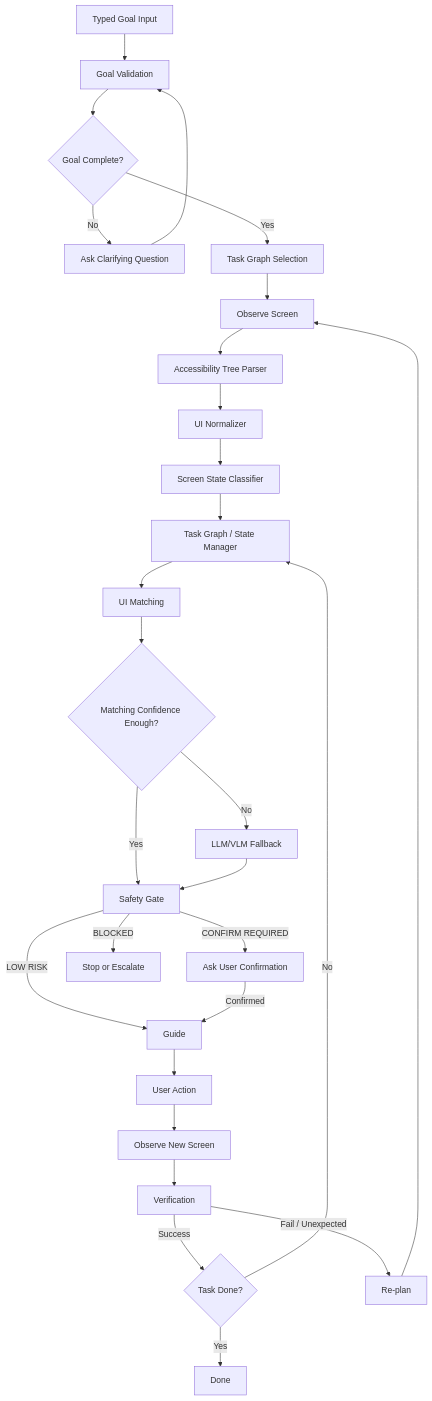
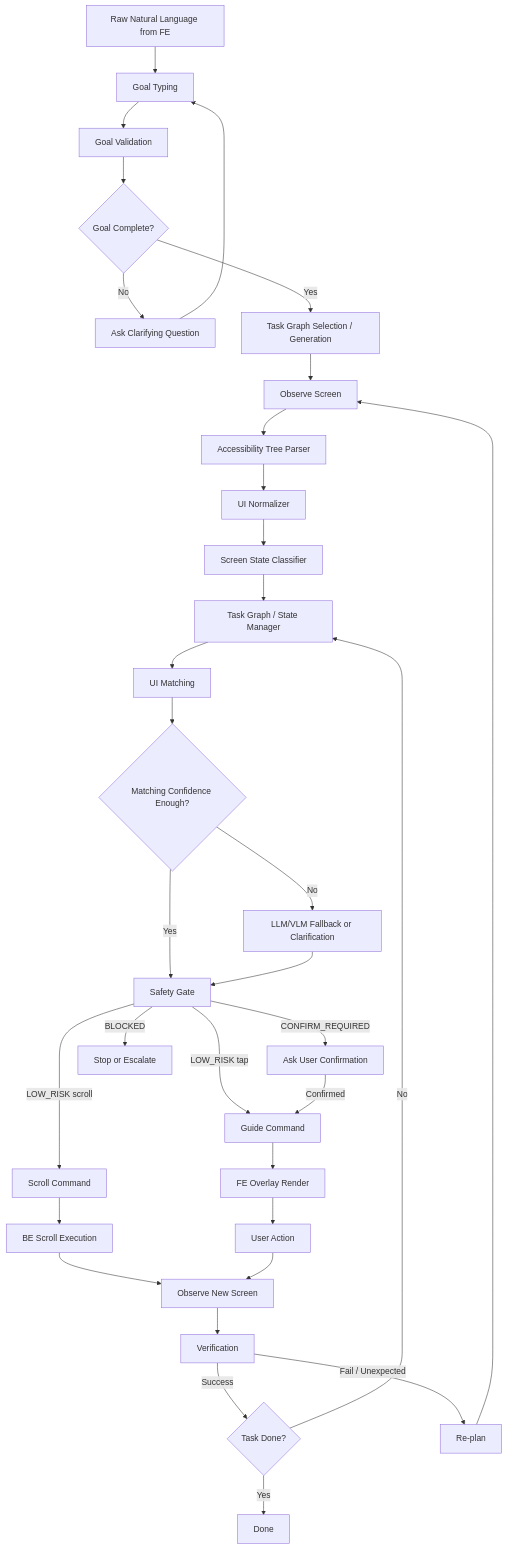
The diagram in docs/ai-agent-architecture.md (Bae-iri/Click), drawn with Mermaid before and after one commit. The commit also changed other lines of this file and 5 other files, not shown here.

````diff
--- a/docs/ai-agent-architecture.md
+++ b/docs/ai-agent-architecture.md
@@ -97,30 +168,35 @@
 ```mermaid
 flowchart TD
-    A[Typed Goal Input] --> B[Goal Validation]
-    B --> C{Goal Complete?}
-    C -->|No| D[Ask Clarifying Question]
-    C -->|Yes| E[Task Graph Selection]
-    D --> B
-    E --> F[Observe Screen]
-    F --> G[Accessibility Tree Parser]
-    G --> H[UI Normalizer]
-    H --> I[Screen State Classifier]
-    I --> J[Task Graph / State Manager]
-    J --> K[UI Matching]
-    K --> L{Matching Confidence Enough?}
-    L -->|Yes| M[Safety Gate]
-    L -->|No| N[LLM/VLM Fallback]
-    N --> M
-    M -->|LOW RISK| O[Guide]
-    M -->|CONFIRM REQUIRED| P[Ask User Confirmation]
-    M -->|BLOCKED| Q[Stop or Escalate]
-    P -->|Confirmed| O
-    O --> R[User Action]
-    R --> S[Observe New Screen]
-    S --> T[Verification]
-    T -->|Success| U{Task Done?}
-    U -->|No| J
-    U -->|Yes| V[Done]
-    T -->|Fail / Unexpected| W[Re-plan]
-    W --> F
+    A[Raw Natural Language from FE] --> B[Goal Typing]
+    B --> C[Goal Validation]
+    C --> D{Goal Complete?}
+    D -->|No| E[Ask Clarifying Question]
+    E --> B
+    D -->|Yes| F[Task Graph Selection / Generation]
+    F --> G[Observe Screen]
+    G --> H[Accessibility Tree Parser]
+    H --> I[UI Normalizer]
+    I --> J[Screen State Classifier]
+    J --> K[Task Graph / State Manager]
+    K --> L[UI Matching]
+    L --> M{Matching Confidence Enough?}
+    M -->|Yes| N[Safety Gate]
+    M -->|No| O[LLM/VLM Fallback or Clarification]
+    O --> N
+    N -->|LOW_RISK tap| P[Guide Command]
+    N -->|LOW_RISK scroll| Q[Scroll Command]
+    N -->|CONFIRM_REQUIRED| R[Ask User Confirmation]
+    N -->|BLOCKED| S[Stop or Escalate]
+    R -->|Confirmed| P
+    P --> T[FE Overlay Render]
+    T --> U[User Action]
+    Q --> V[BE Scroll Execution]
+    V --> W[Observe New Screen]
+    U --> W
+    W --> X[Verification]
+    X -->|Success| Y{Task Done?}
+    Y -->|No| K
+    Y -->|Yes| Z[Done]
+    X -->|Fail / Unexpected| AA[Re-plan]
+    AA --> G
 ```
````
